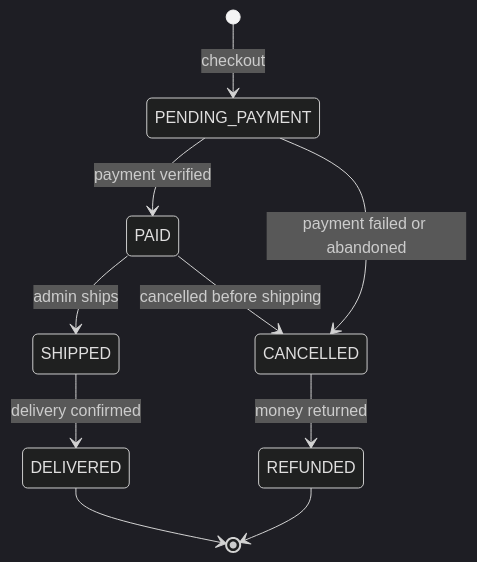
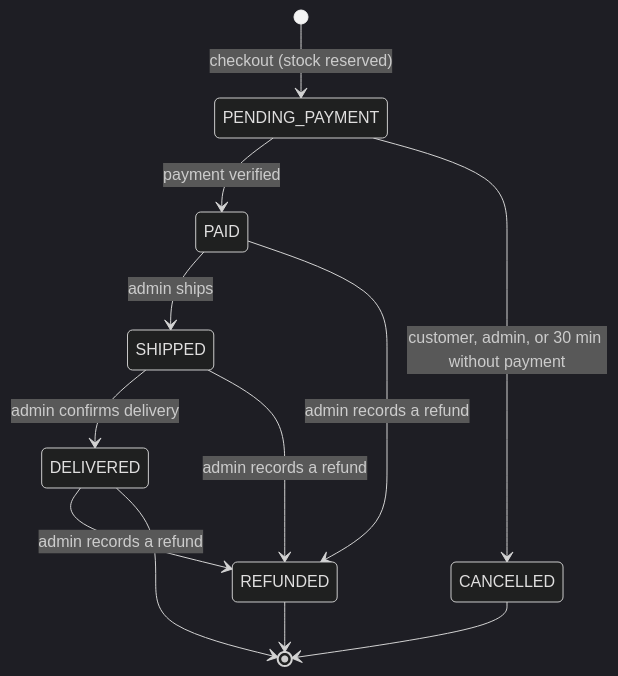
One commit to AliTaleshi/kalamet changed the sixth of 7 diagrams in docs/database.md. Above: the diagram before and after it, drawn with Mermaid (dark theme). The commit also changed other lines of this file and 3 other files, not shown here.

````diff
--- a/docs/database.md
+++ b/docs/database.md
@@ -263,12 +267,14 @@
 ```mermaid
 stateDiagram-v2
-  [*] --> PENDING_PAYMENT : checkout
+  [*] --> PENDING_PAYMENT : checkout (stock reserved)
   PENDING_PAYMENT --> PAID : payment verified
-  PENDING_PAYMENT --> CANCELLED : payment failed or abandoned
+  PENDING_PAYMENT --> CANCELLED : customer, admin, or 30 min without payment
   PAID --> SHIPPED : admin ships
-  PAID --> CANCELLED : cancelled before shipping
-  SHIPPED --> DELIVERED : delivery confirmed
-  CANCELLED --> REFUNDED : money returned
+  SHIPPED --> DELIVERED : admin confirms delivery
+  PAID --> REFUNDED : admin records a refund
+  SHIPPED --> REFUNDED : admin records a refund
+  DELIVERED --> REFUNDED : admin records a refund
   DELIVERED --> [*]
+  CANCELLED --> [*]
   REFUNDED --> [*]
 ```
````
